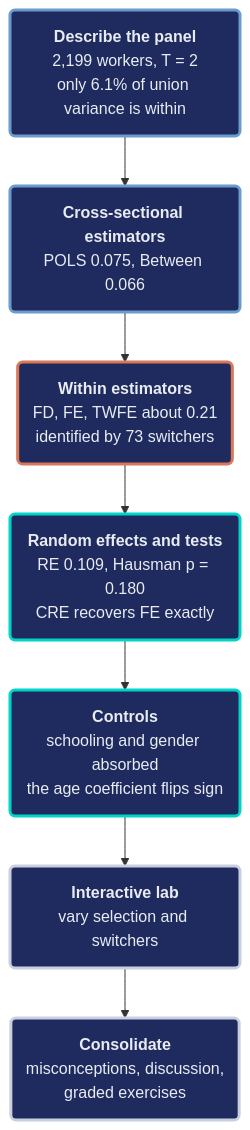
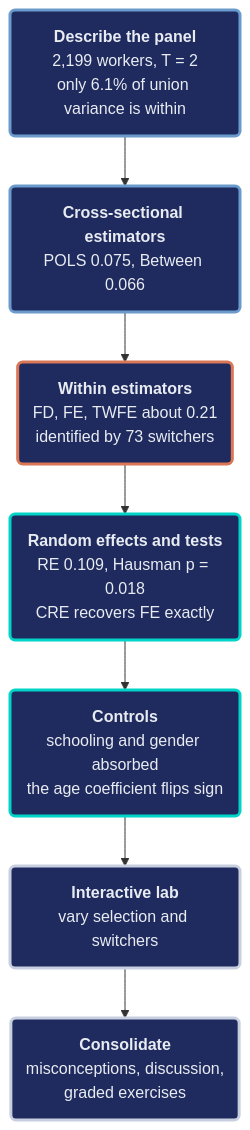
The first of 2 diagrams in content/post/python_panel_intro/index.md (cmg777/starter-academic-v501), drawn with Mermaid before and after one commit. The commit also changed other lines of this file and 36 other files, not shown here.

````diff
--- a/content/post/python_panel_intro/index.md
+++ b/content/post/python_panel_intro/index.md
@@ -99,17 +111,17 @@
 ```mermaid
 graph TD
     A("<b>Describe the panel</b><br/>2,199 workers, T = 2<br/>only 6.1% of union variance is within") --> B("<b>Cross-sectional estimators</b><br/>POLS 0.075, Between 0.066")
     B --> C("<b>Within estimators</b><br/>FD, FE, TWFE about 0.21<br/>identified by 73 switchers")
-    C --> D("<b>Random effects and tests</b><br/>RE 0.109, Hausman p = 0.180<br/>CRE recovers FE exactly")
+    C --> D("<b>Random effects and tests</b><br/>RE 0.109, Hausman p = 0.018<br/>CRE recovers FE exactly")
     D --> E("<b>Controls</b><br/>schooling and gender absorbed<br/>the age coefficient flips sign")
     E --> F("<b>Interactive lab</b><br/>vary selection and switchers")
     F --> G("<b>Consolidate</b><br/>misconceptions, discussion,<br/>graded exercises")
     classDef data fill:#1f2b5e,stroke:#6a9bcc,stroke-width:3px,color:#e8ecf2
     classDef within fill:#1f2b5e,stroke:#d97757,stroke-width:3px,color:#e8ecf2
     classDef tests fill:#1f2b5e,stroke:#00d4c8,stroke-width:3px,color:#e8ecf2
     classDef practice fill:#1f2b5e,stroke:#c8d0e0,stroke-width:3px,color:#e8ecf2
     class A,B data
     class C within
     class D,E tests
     class F,G practice
 ```
````
